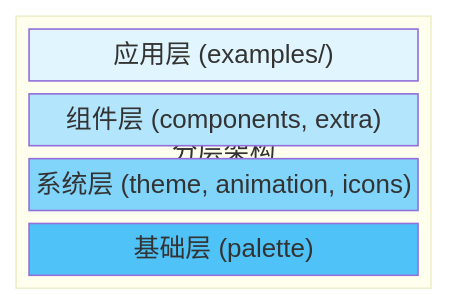
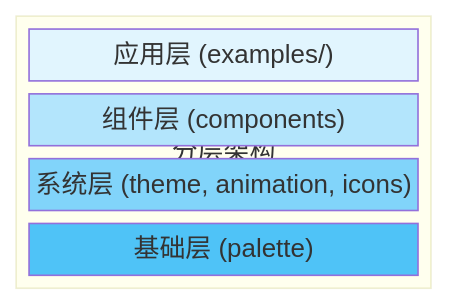
Before and after one commit to celestia-island/hikari: the first of 7 diagrams in docs/zh-Hans/system/overview.md, drawn with Mermaid. The commit also changed other lines of this file and 87 other files, not shown here.

````diff
--- a/docs/zh-Hans/system/overview.md
+++ b/docs/zh-Hans/system/overview.md
@@ -18,15 +17,15 @@
 ```mermaid
 block-beta
   columns 1
   block:layer["分层架构"]:1
     columns 1
     app["应用层 (examples/)"]
-    comp["组件层 (components, extra)"]
+    comp["组件层 (components)"]
     sys["系统层 (theme, animation, icons)"]
     found["基础层 (palette)"]
   end
   style app fill:#e1f5fe
   style comp fill:#b3e5fc
   style sys fill:#81d4fa
   style found fill:#4fc3f7
 ```
````
